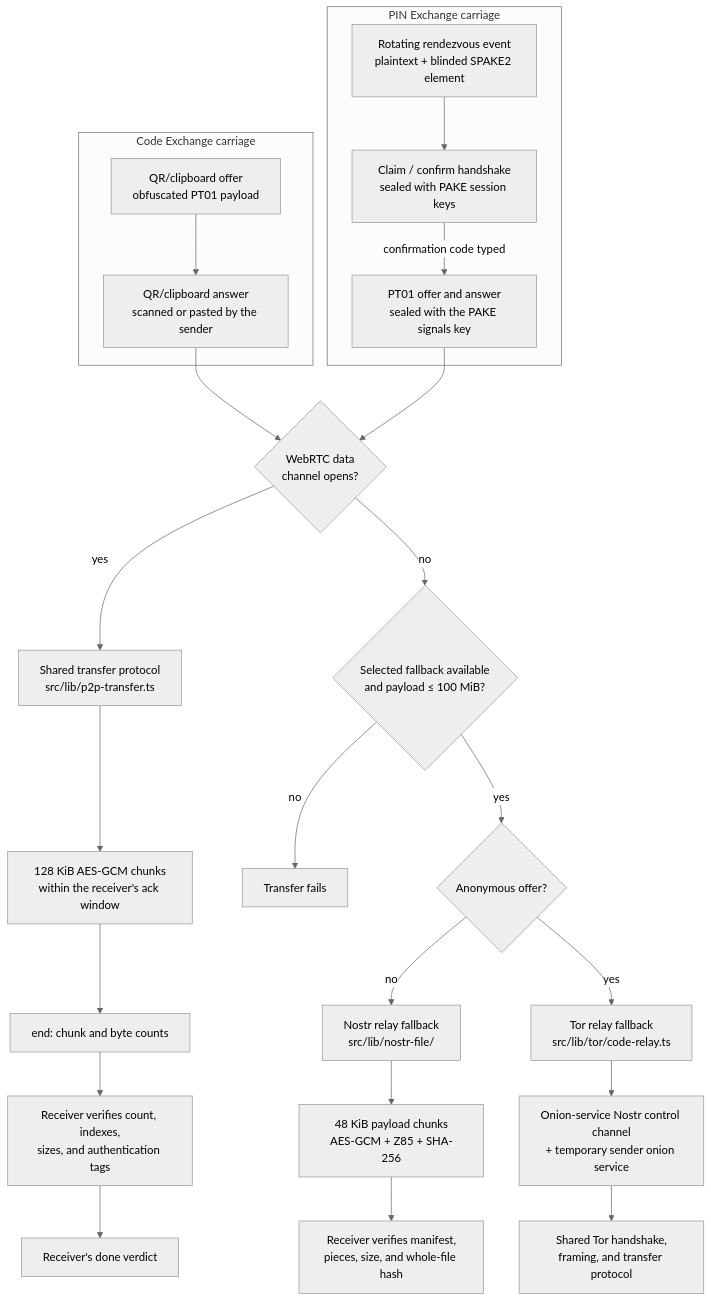
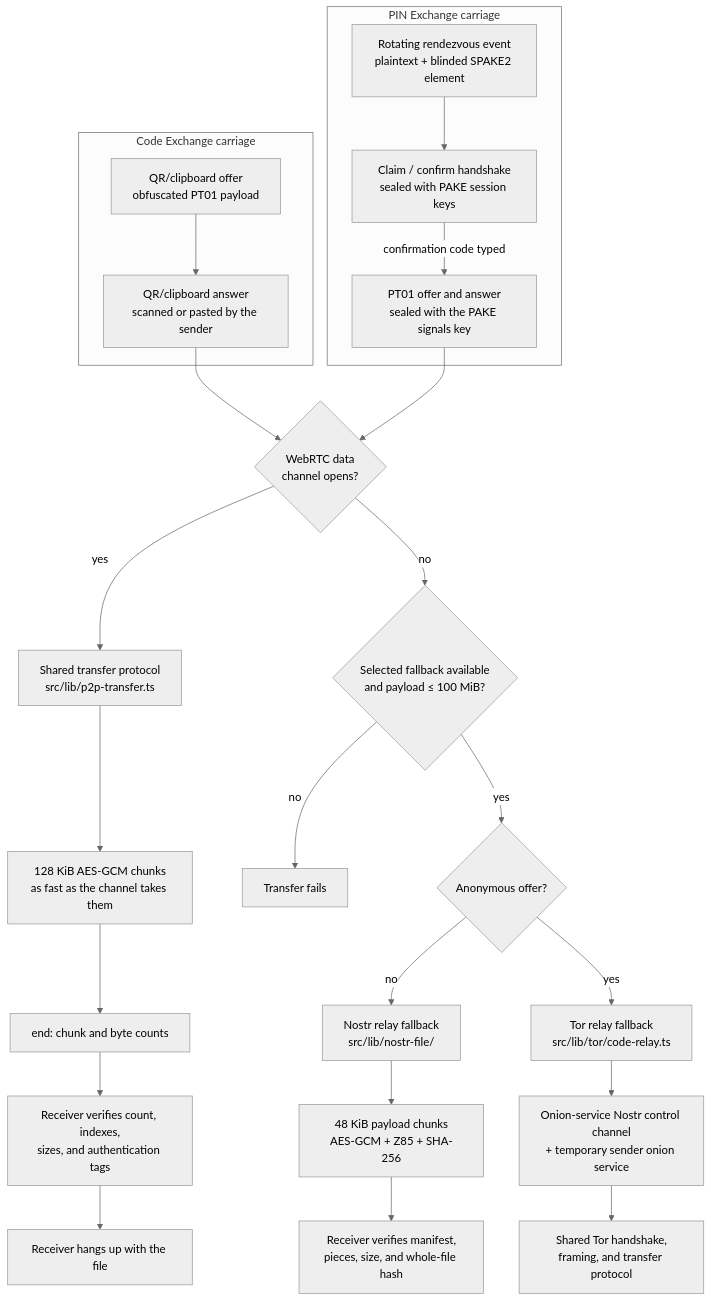
The first of 5 diagrams in docs/ARCHITECTURE.md (andrewtheguy/ptransfer), drawn with Mermaid (neutral theme) before and after one commit. The commit also changed other lines of this file and 6 other files, not shown here.

````diff
--- a/docs/ARCHITECTURE.md
+++ b/docs/ARCHITECTURE.md
@@ -84,33 +84,33 @@
 ```mermaid
 flowchart TD
     subgraph Nostr[PIN Exchange carriage]
         N1[Rotating rendezvous event<br/>plaintext + blinded SPAKE2 element]
         N2[Claim / confirm handshake<br/>sealed with PAKE session keys]
         N3[PT01 offer and answer<br/>sealed with the PAKE signals key]
         N1 --> N2
         N2 -->|confirmation code typed| N3
     end
 
     subgraph Code[Code Exchange carriage]
         M1[QR/clipboard offer<br/>obfuscated PT01 payload]
         M2[QR/clipboard answer<br/>scanned or pasted by the sender]
         M1 --> M2
     end
 
     N3 --> Direct{WebRTC data<br/>channel opens?}
     M2 --> Direct
     Direct -->|yes| Transfer[Shared transfer protocol<br/>src/lib/p2p-transfer.ts]
     Direct -->|no| Eligible{Selected fallback available<br/>and payload ≤ 100 MiB?}
     Eligible -->|no| Failed[Transfer fails]
     Eligible -->|yes| Anonymous{Anonymous offer?}
     Anonymous -->|no| Relay[Nostr relay fallback<br/>src/lib/nostr-file/]
     Relay --> RelayChunks[48 KiB payload chunks<br/>AES-GCM + Z85 + SHA-256]
     RelayChunks --> RelayDone[Receiver verifies manifest,<br/>pieces, size, and whole-file hash]
     Anonymous -->|yes| TorRelay[Tor relay fallback<br/>src/lib/tor/code-relay.ts]
     TorRelay --> TorChunks[Onion-service Nostr control channel<br/>+ temporary sender onion service]
     TorChunks --> TorDone[Shared Tor handshake,<br/>framing, and transfer protocol]
-    Transfer --> Chunks[128 KiB AES-GCM chunks<br/>within the receiver's ack window]
+    Transfer --> Chunks[128 KiB AES-GCM chunks<br/>as fast as the channel takes them]
     Chunks --> Done[end: chunk and byte counts]
     Done --> Verify[Receiver verifies count, indexes,<br/>sizes, and authentication tags]
-    Verify --> Ack[Receiver's done verdict]
+    Verify --> HangUp[Receiver hangs up with the file]
 ```
````
